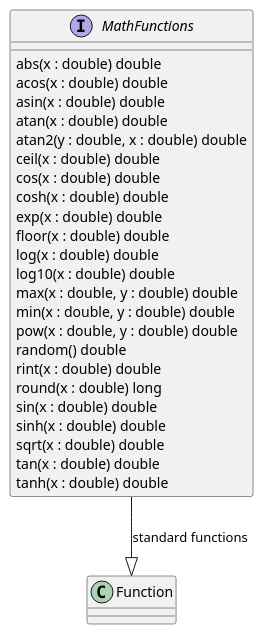
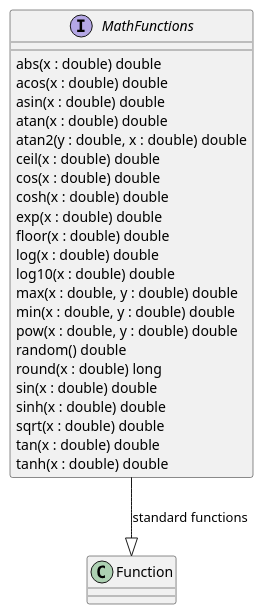
One commit to opengeospatial/cartographic-symbology changed the second of 4 diagrams in 1-core/sections/clause_15_functions.adoc. Above: the diagram before and after it, drawn with PlantUML. The commit also changed other lines of this file and 16 other files, not shown here.

```diff
--- a/1-core/sections/clause_15_functions.adoc
+++ b/1-core/sections/clause_15_functions.adoc
@@ -69,30 +67,29 @@
 [plantuml, target=diagram-classes, format=png]
 ....
 @startuml
 interface MathFunctions
 MathFunctions --|> Function : standard functions
 MathFunctions : abs(x : double) double
 MathFunctions : acos(x : double) double
 MathFunctions : asin(x : double) double
 MathFunctions : atan(x : double) double
 MathFunctions : atan2(y : double, x : double) double
 MathFunctions : ceil(x : double) double
 MathFunctions : cos(x : double) double
 MathFunctions : cosh(x : double) double
 MathFunctions : exp(x : double) double
 MathFunctions : floor(x : double) double
 MathFunctions : log(x : double) double
 MathFunctions : log10(x : double) double
 MathFunctions : max(x : double, y : double) double
 MathFunctions : min(x : double, y : double) double
 MathFunctions : pow(x : double, y : double) double
 MathFunctions : random() double
-MathFunctions : rint(x : double) double
 MathFunctions : round(x : double) long
 MathFunctions : sin(x : double) double
 MathFunctions : sinh(x : double) double
 MathFunctions : sqrt(x : double) double
 MathFunctions : tan(x : double) double
 MathFunctions : tanh(x : double) double
 @enduml
 ....
```
